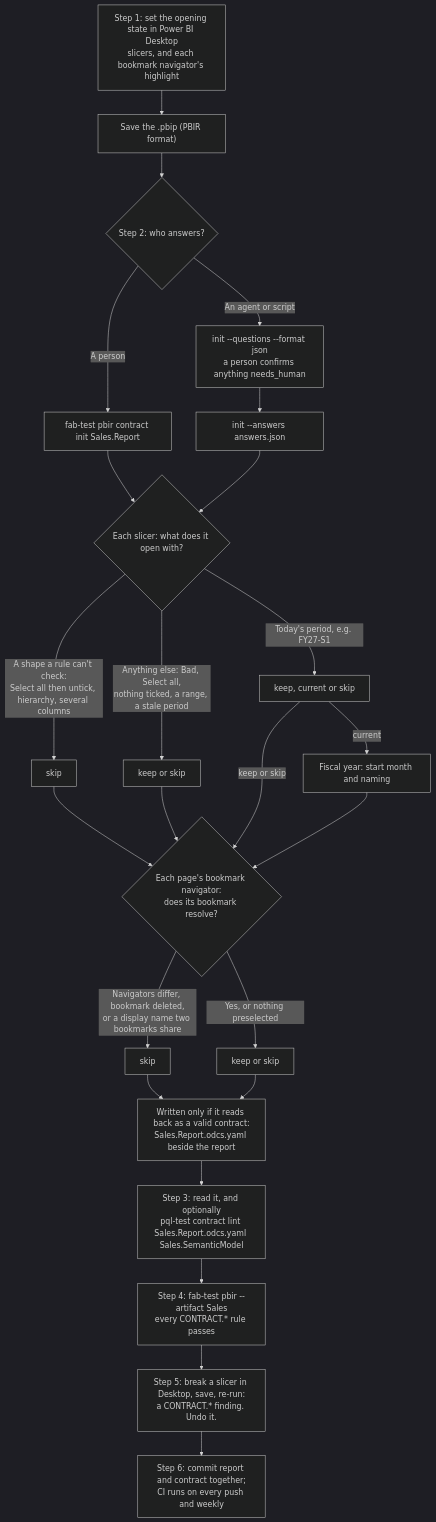
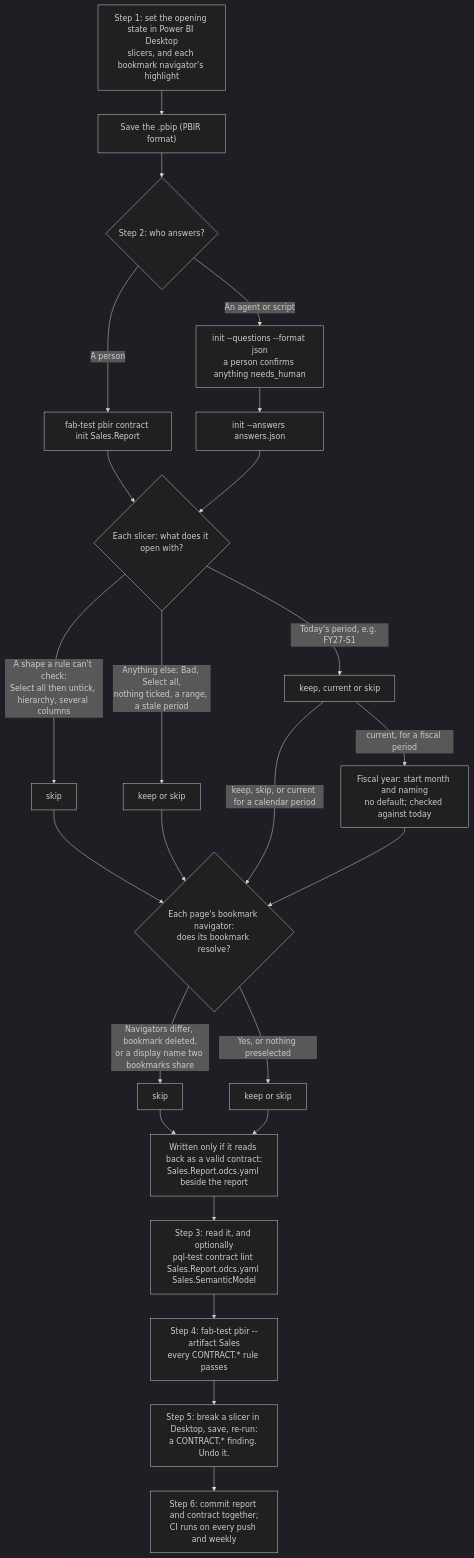
The diagram in docs/SLICER-CONTRACTS-WALKTHROUGH.md (clientfirsttech/fab-test), drawn with Mermaid (dark theme) before and after one commit. The commit also changed other lines of this file and 10 other files, not shown here.

````diff
--- a/docs/SLICER-CONTRACTS-WALKTHROUGH.md
+++ b/docs/SLICER-CONTRACTS-WALKTHROUGH.md
@@ -12,30 +12,30 @@
 ```mermaid
 flowchart TD
     A["Step 1: set the opening state in Power BI Desktop<br/>slicers, and each bookmark navigator's highlight"] --> B["Save the .pbip (PBIR format)"]
     B --> C{"Step 2: who answers?"}
 
     C -->|"A person"| D["fab-test pbir contract init Sales.Report"]
     C -->|"An agent or script"| E["init --questions --format json<br/>a person confirms anything needs_human"]
     E --> F["init --answers answers.json"]
 
     D --> G{"Each slicer: what does it open with?"}
     F --> G
     G -->|"A shape a rule can't check:<br/>Select all then untick, hierarchy, several columns"| H["skip"]
     G -->|"Today's period, e.g. FY27-S1"| J["keep, current or skip"]
     G -->|"Anything else: Bad, Select all,<br/>nothing ticked, a range, a stale period"| I["keep or skip"]
-    J -->|"current"| K["Fiscal year: start month and naming"]
+    J -->|"current, for a fiscal period"| K["Fiscal year: start month and naming<br/>no default; checked against today"]
 
     H --> L{"Each page's bookmark navigator:<br/>does its bookmark resolve?"}
     I --> L
-    J -->|"keep or skip"| L
+    J -->|"keep, skip, or current for a calendar period"| L
     K --> L
     L -->|"Navigators differ, bookmark deleted,<br/>or a display name two bookmarks share"| M["skip"]
     L -->|"Yes, or nothing preselected"| N["keep or skip"]
 
     M --> O["Written only if it reads back as a valid contract:<br/>Sales.Report.odcs.yaml beside the report"]
     N --> O
     O --> P["Step 3: read it, and optionally<br/>pql-test contract lint Sales.Report.odcs.yaml Sales.SemanticModel"]
     P --> Q["Step 4: fab-test pbir --artifact Sales<br/>every CONTRACT.* rule passes"]
     Q --> R["Step 5: break a slicer in Desktop, save, re-run:<br/>a CONTRACT.* finding. Undo it."]
     R --> S["Step 6: commit report and contract together;<br/>CI runs on every push and weekly"]
 ```
````
